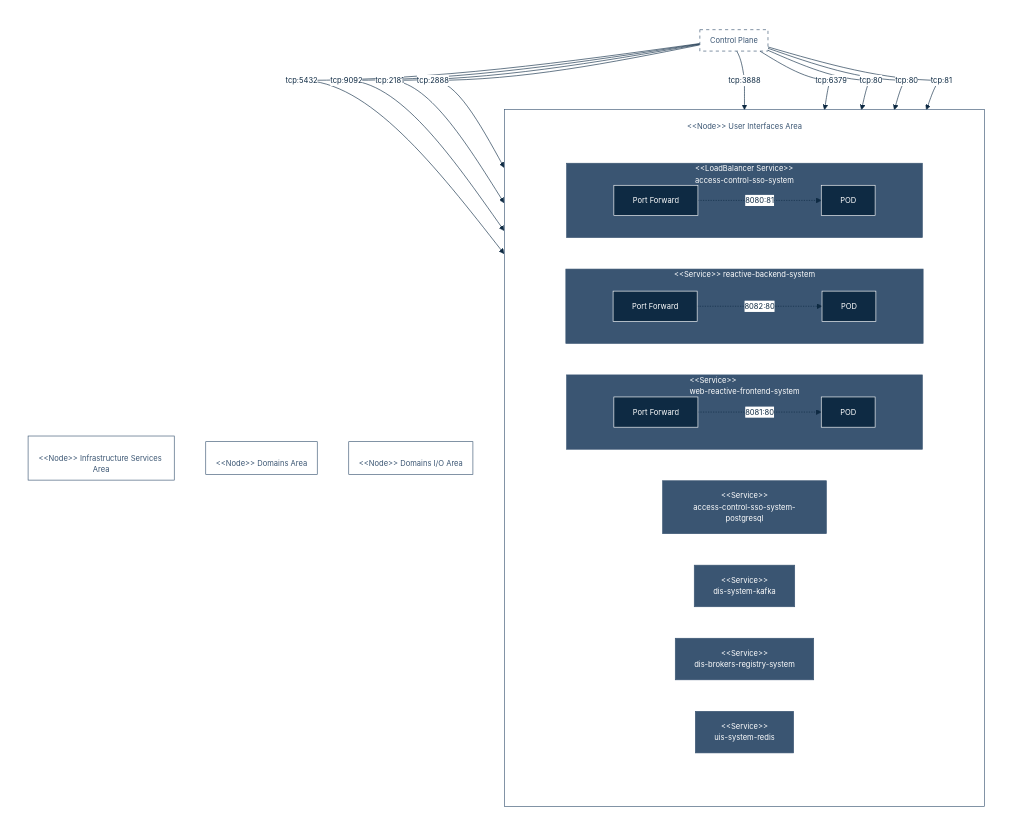
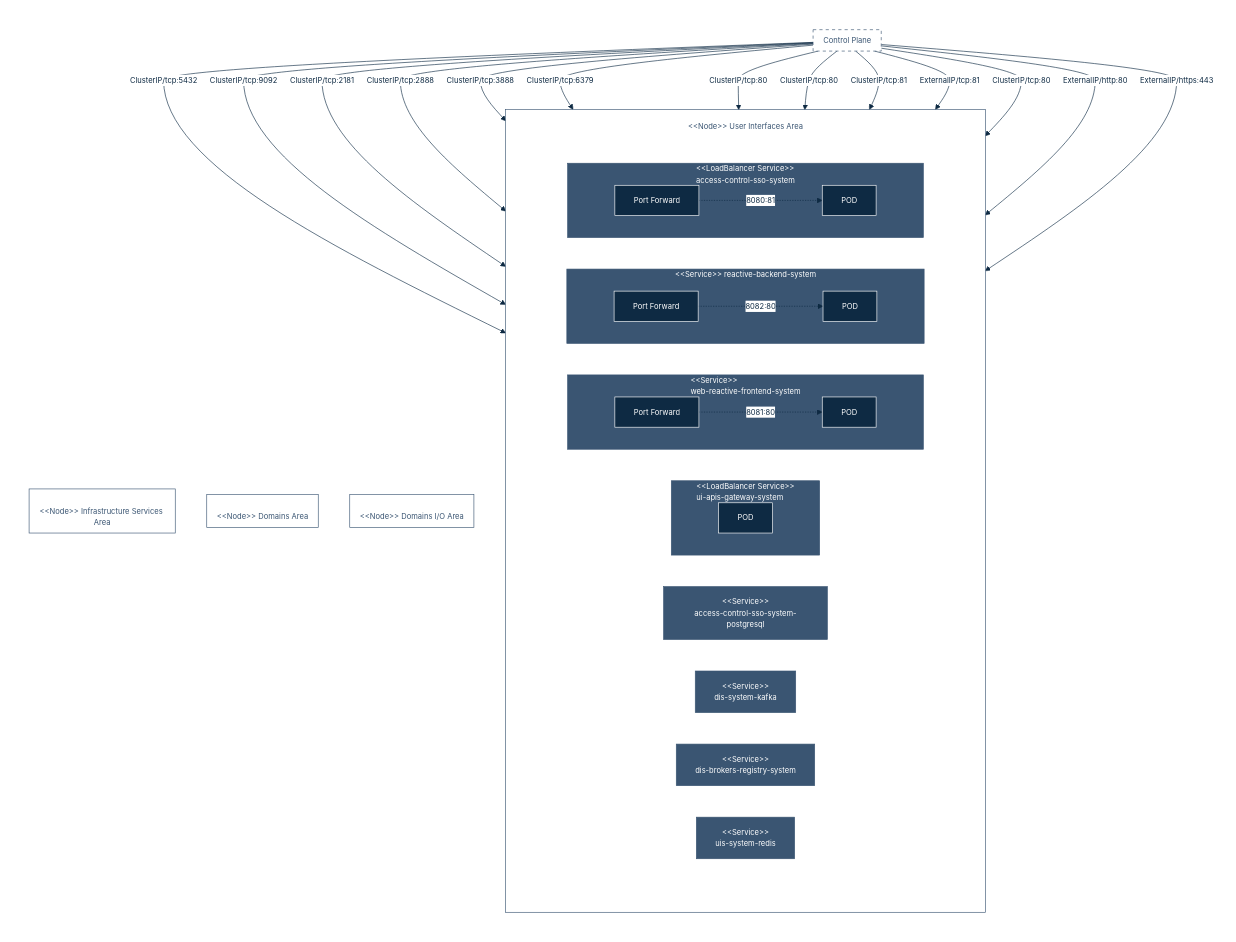
One commit to cybnity/foundation changed the diagram in implementations-line/systems/README.md. Above: the diagram before and after it, drawn with Mermaid.

Commit message:
Add ui-apis-gateway-system in diagram
NGINX dockerized system

````diff
--- a/implementations-line/systems/README.md
+++ b/implementations-line/systems/README.md
@@ -94,7 +94,7 @@
         'noteTextColor': '#fff',
         'noteBorderColor': '#fff'
     },
-    'flowchart': { 'curve': 'monotoneX' }
+    'flowchart': { 'curve': 'monotoneY' }
   }
 }%%
 flowchart TB
@@ -106,6 +106,9 @@
        direction TB
        subgraph uilayer1[" "]
          direction LR
+         subgraph service8["#60;#60;LoadBalancer Service#62;#62;<br>ui-apis-gateway-system"]
+            pod4["POD"]
+         end
          subgraph service1["#60;#60;Service#62;#62;<br> web-reactive-frontend-system"]
             portforward1["Port Forward"] -. "8081:80" .-> pod1["POD"]
          end
@@ -128,15 +131,19 @@
      subgraph is["<br>#60;#60;Node#62;#62; Infrastructure Services Area<br>"]
      end
   end
-  controlplane -- "tcp:80" --> service1
-  controlplane -- "tcp:80" --> service2
-  controlplane -- "tcp:81" --> service3
-  controlplane -- "tcp:5432" --> service4
-  controlplane -- "tcp:9092" --> service5
-  controlplane -- "tcp:2181" --> service6
-  controlplane -- "tcp:2888" --> service6
-  controlplane -- "tcp:3888" --> service6
-  controlplane -- "tcp:6379" --> service7
+  controlplane -- "ClusterIP/tcp:80" --> service1
+  controlplane -- "ClusterIP/tcp:80" --> service2
+  controlplane -- "ClusterIP/tcp:81" --> service3
+  controlplane -- "ExternalIP/tcp:81" --> service3
+  controlplane -- "ClusterIP/tcp:5432" --> service4
+  controlplane -- "ClusterIP/tcp:9092" --> service5
+  controlplane -- "ClusterIP/tcp:2181" --> service6
+  controlplane -- "ClusterIP/tcp:2888" --> service6
+  controlplane -- "ClusterIP/tcp:3888" --> service6
+  controlplane -- "ClusterIP/tcp:6379" --> service7
+  controlplane -- "ClusterIP/tcp:80" --> service8
+  controlplane -- "ExternalIP/http:80" --> service8
+  controlplane -- "ExternalIP/https:443" --> service8
   
   classDef red fill:#e5302a, stroke:#e5302a, color:#fff
   classDef medium fill:#fff, stroke:#3a5572, color:#3a5572
@@ -144,10 +151,10 @@
   classDef mediumdot fill:#fff, stroke:#3a5572, color:#3a5572, stroke-dasharray: 5 5
   classDef dark fill:#0e2a43, stroke:#fff, color:#fff
   classDef internalconfig fill:#0e2a43, stroke:#fff, color:#fff
-  class service1,service2,service3,service4,service5,service6,service7 mediumfill;
+  class service1,service2,service3,service4,service5,service6,service7,service8 mediumfill;
   class ui,di,da,is medium;
   class controlplane mediumdot;
-  class pod1,pod2,pod3 dark;
+  class pod1,pod2,pod3,pod4 dark;
   class portforward1,portforward2,portforward3 internalconfig;
 
 ```
````
